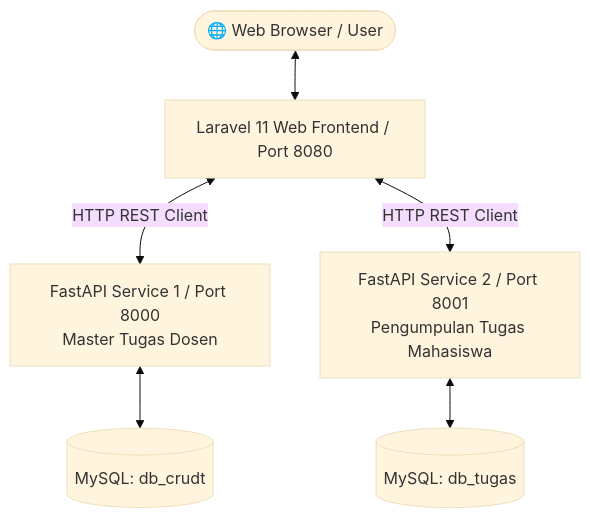
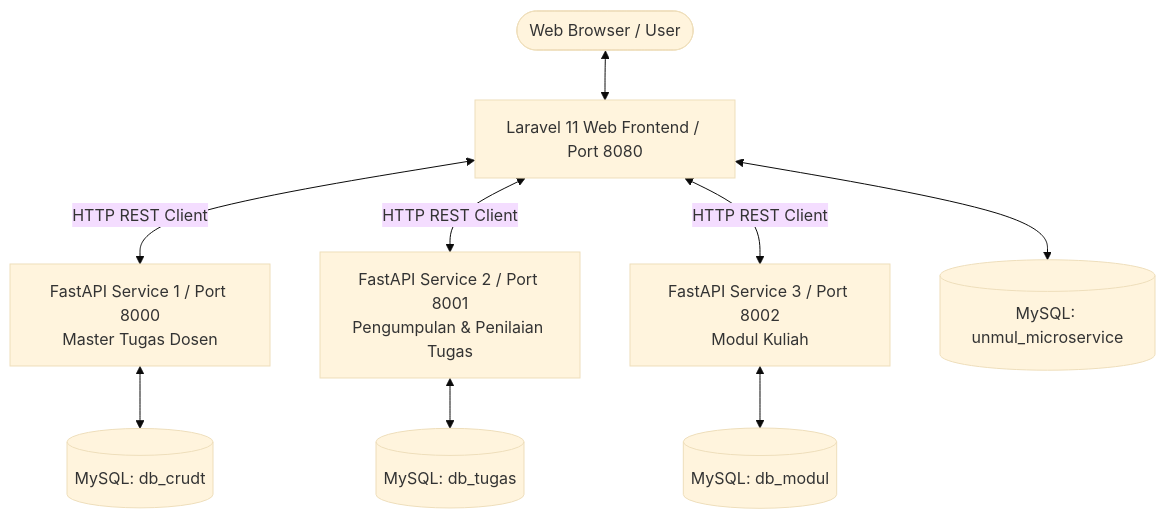
The diagram in README.md (FlucLight/unmul_microservice), drawn with Mermaid (base theme) before and after one commit. The commit also changed other lines of this file, not shown here.

Commit message:
Update README.md with complete microservice documentation

````diff
--- a/README.md
+++ b/README.md
@@ -24,8 +24,11 @@
 ```mermaid
 graph TD
-    User([🌐 Web Browser / User]) <--> Laravel[Laravel 11 Web Frontend / Port 8080]
+    User([Web Browser / User]) <--> Laravel[Laravel 11 Web Frontend / Port 8080]
     Laravel <-->|HTTP REST Client| API1[FastAPI Service 1 / Port 8000<br/>Master Tugas Dosen]
-    Laravel <-->|HTTP REST Client| API2[FastAPI Service 2 / Port 8001<br/>Pengumpulan Tugas Mahasiswa]
+    Laravel <-->|HTTP REST Client| API2[FastAPI Service 2 / Port 8001<br/>Pengumpulan & Penilaian Tugas]
+    Laravel <-->|HTTP REST Client| API3[FastAPI Service 3 / Port 8002<br/>Modul Kuliah]
+    Laravel <--> DBLaravel[(MySQL: unmul_microservice)]
     API1 <--> DB1[(MySQL: db_crudt)]
     API2 <--> DB2[(MySQL: db_tugas)]
+    API3 <--> DB3[(MySQL: db_modul)]
 ```
````
